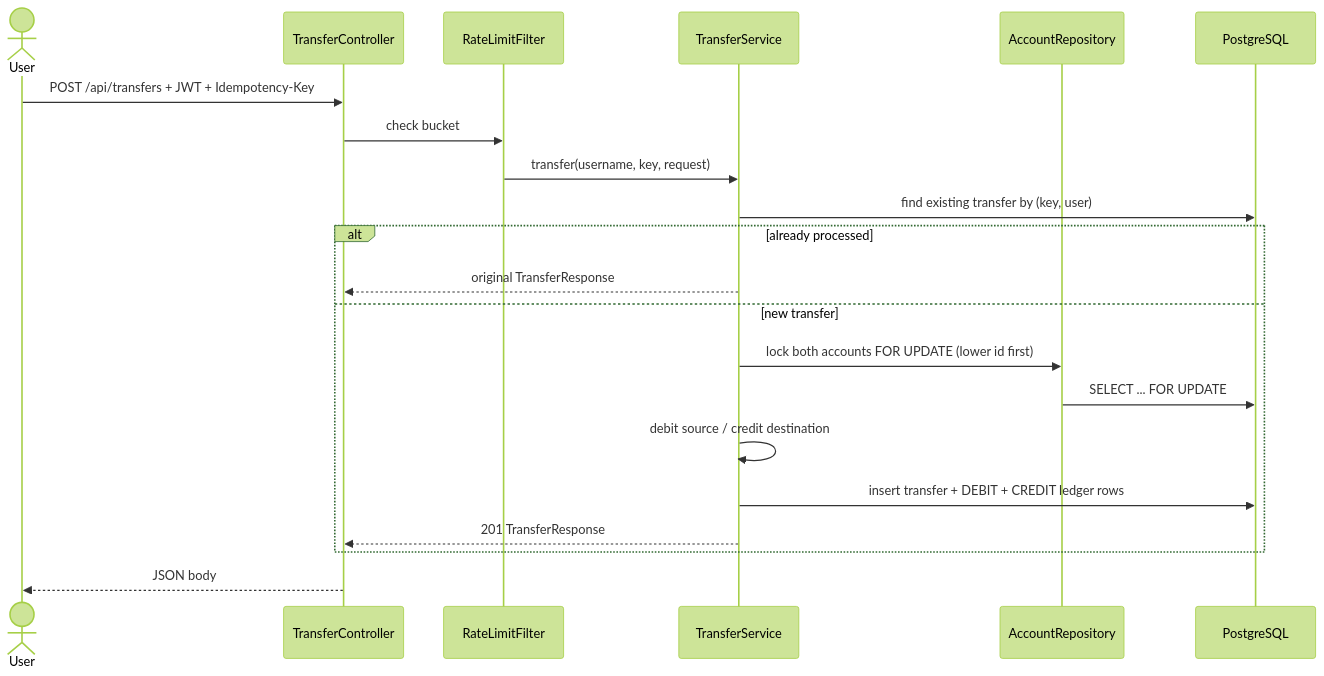
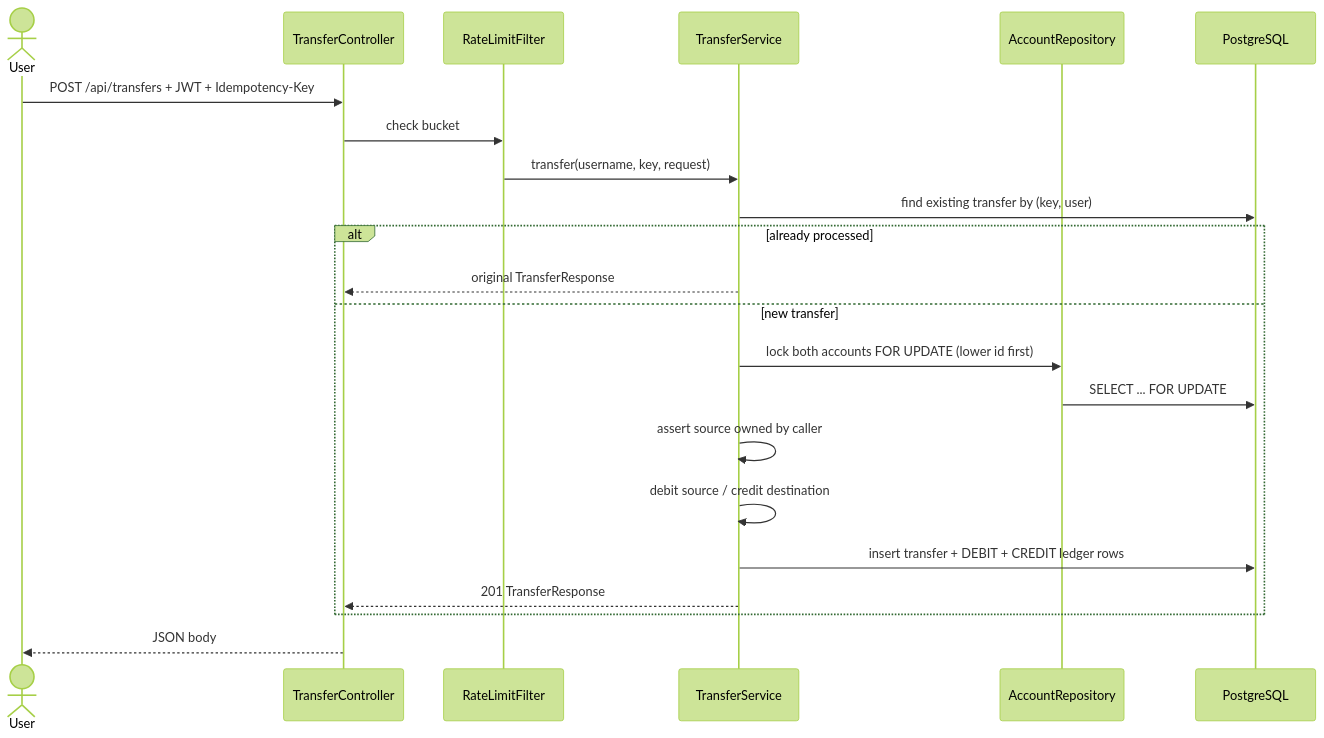
One commit to Dedmoo/RetailBankingCore changed the first of 4 diagrams in docs/uml.md. Above: the diagram before and after it, drawn with Mermaid (forest theme). The commit also changed 8 other files, not shown here.

````diff
--- a/docs/uml.md
+++ b/docs/uml.md
@@ -7,24 +7,25 @@
 ```mermaid
 sequenceDiagram
   actor User
   participant API as TransferController
   participant RL as RateLimitFilter
   participant Svc as TransferService
   participant Acc as AccountRepository
   participant DB as PostgreSQL
 
   User->>API: POST /api/transfers + JWT + Idempotency-Key
   API->>RL: check bucket
   RL->>Svc: transfer(username, key, request)
   Svc->>DB: find existing transfer by (key, user)
   alt already processed
     Svc-->>API: original TransferResponse
   else new transfer
     Svc->>Acc: lock both accounts FOR UPDATE (lower id first)
     Acc->>DB: SELECT ... FOR UPDATE
+    Svc->>Svc: assert source owned by caller
     Svc->>Svc: debit source / credit destination
     Svc->>DB: insert transfer + DEBIT + CREDIT ledger rows
     Svc-->>API: 201 TransferResponse
   end
   API-->>User: JSON body
 ```
````
